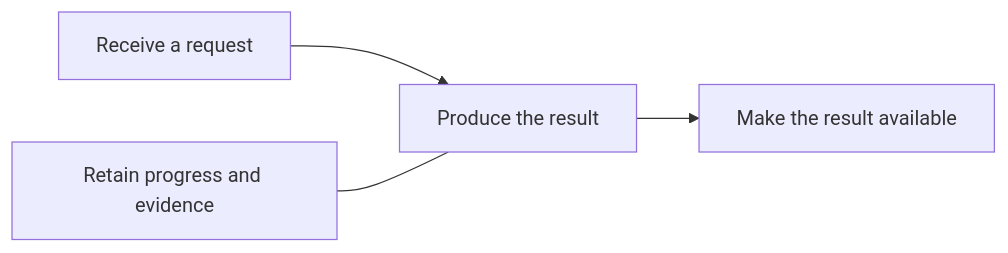
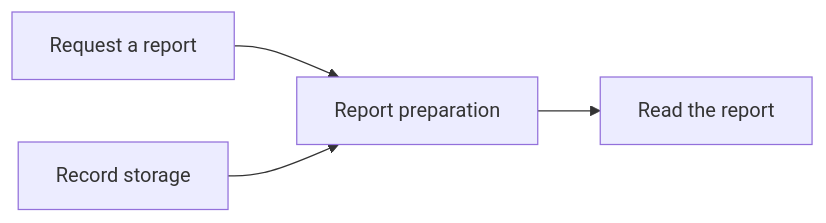
One commit to cbartens/bkit changed the diagram in .bkit/templates/docs/components.md. Above: the diagram before and after it, drawn with Mermaid. The commit also changed other lines of this file and 4 other files, not shown here.

````diff
--- a/.bkit/templates/docs/components.md
+++ b/.bkit/templates/docs/components.md
@@ -38,6 +76,6 @@
 ```mermaid
 flowchart LR
-    REQUEST["Receive a request"] --> WORK["Produce the result"]
-    WORK --> RESULT["Make the result available"]
-    RECORDS["Retain progress and evidence"] --- WORK
+    REQUEST["Request a report"] --> PREPARE["Report preparation"]
+    PREPARE --> READ["Read the report"]
+    RECORDS["Record storage"] --> PREPARE
 ```
````
